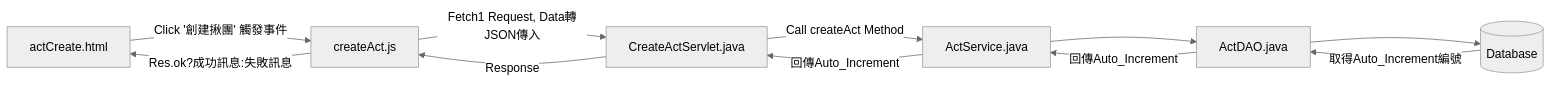
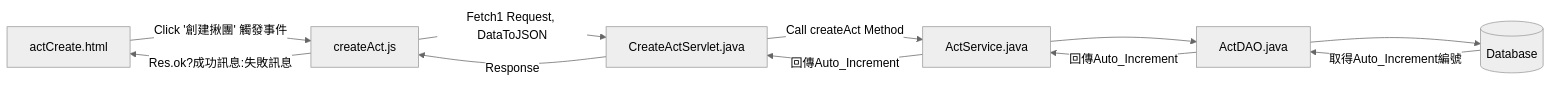
One commit to TLexYuW/CGA103G1OwnPart changed the second of 15 diagrams in README.md. Above: the diagram before and after it, drawn with Mermaid (neutral theme). The commit also changed other lines of this file, not shown here.

````diff
--- a/README.md
+++ b/README.md
@@ -62,6 +62,6 @@
 ```mermaid
 flowchart LR
-	aC[actCreate.html] -->|Click '創建揪團' 觸發事件| cA[createAct.js] -->|Fetch1 Request, Data轉JSON傳入| CAS[CreateActServlet.java] 
+	aC[actCreate.html] -->|Click '創建揪團' 觸發事件| cA[createAct.js] -->|Fetch1 Request, DataToJSON| CAS[CreateActServlet.java] 
 	-->|Call createAct Method| AS[ActService.java] --> AD[ActDAO.java] --> DB[(Database)]
 	DB -->|取得Auto_Increment編號| AD -->|回傳Auto_Increment| AS -->|回傳Auto_Increment| CAS -->|Response| cA -->|Res.ok?成功訊息:失敗訊息| aC
 ```
````
